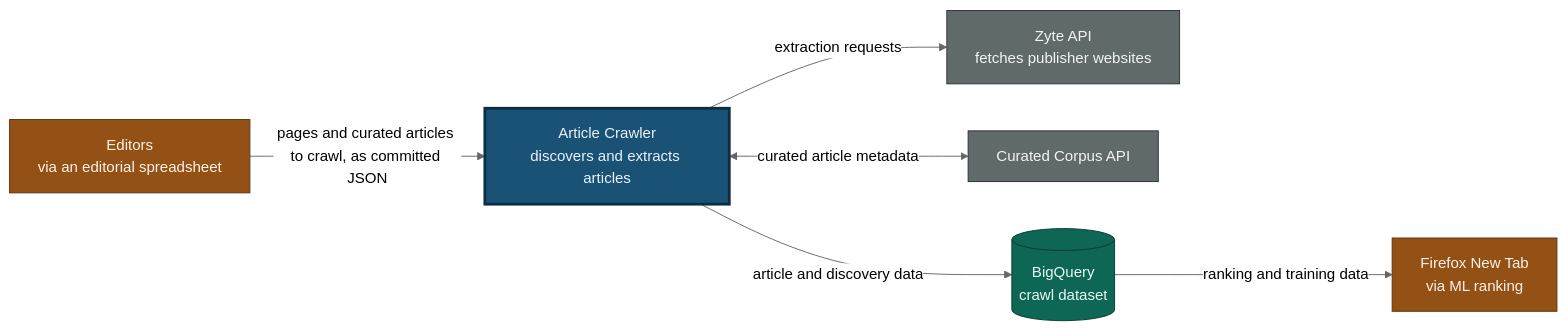
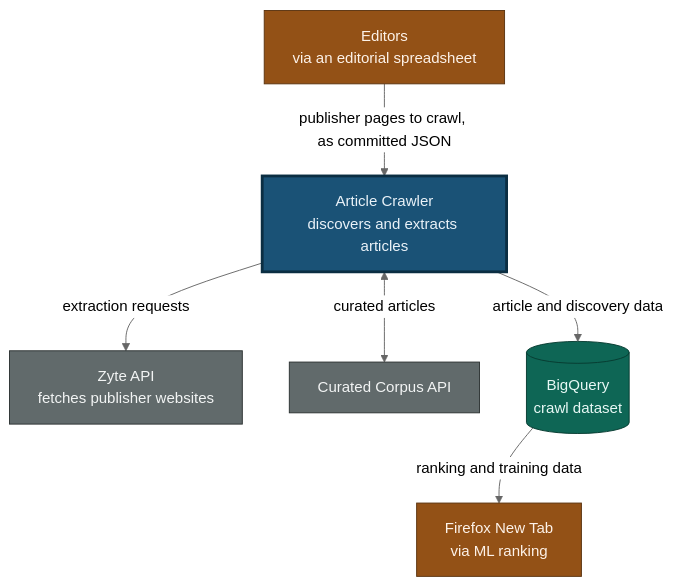
The first of 5 diagrams in docs/ARCHITECTURE.md (mozilla/hnt-content), drawn with Mermaid (neutral theme) before and after one commit. The commit also changed other lines of this file, not shown here.

Commit message:
docs(HNT-2086): correct curated-article source and make diagrams legible under GitHub controls

````diff
--- a/docs/ARCHITECTURE.md
+++ b/docs/ARCHITECTURE.md
@@ -30,22 +30,24 @@
 ```mermaid
-flowchart LR
+flowchart TB
     editors["Editors<br/>via an editorial spreadsheet"]:::actor
     zyte["Zyte API<br/>fetches publisher websites"]:::external
     corpus["Curated Corpus API"]:::external
 
     crawler["Article Crawler<br/>discovers and extracts articles"]:::system
 
     bq[("BigQuery<br/>crawl dataset")]:::store
     newtab["Firefox New Tab<br/>via ML ranking"]:::actor
 
-    editors -->|pages and curated articles to crawl, as committed JSON| crawler
+    editors -->|publisher pages to crawl, as committed JSON| crawler
+    crawler -->|article and discovery data| bq
+    crawler <-->|curated articles| corpus
     crawler -->|extraction requests| zyte
-    crawler <-->|curated article metadata| corpus
-    crawler -->|article and discovery data| bq
     bq -->|ranking and training data| newtab
+    bq ~~~ pad[" "]:::pad
 
     classDef system fill:#1a5276,stroke:#0b2e42,color:#eaf2f8,stroke-width:3px
     classDef external fill:#616a6b,stroke:#2c3232,color:#f2f4f4,stroke-width:1px
     classDef store fill:#0e6655,stroke:#073b31,color:#e8f8f5,stroke-width:1px
     classDef actor fill:#935116,stroke:#5b3410,color:#fdf2e9,stroke-width:1px
+    classDef pad fill:none,stroke:none,color:#ffffff
 ```
````
